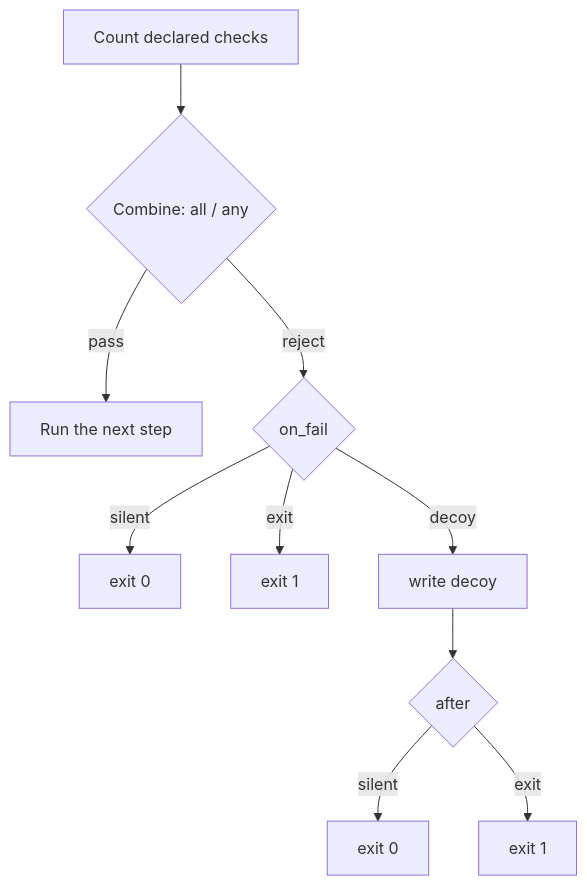
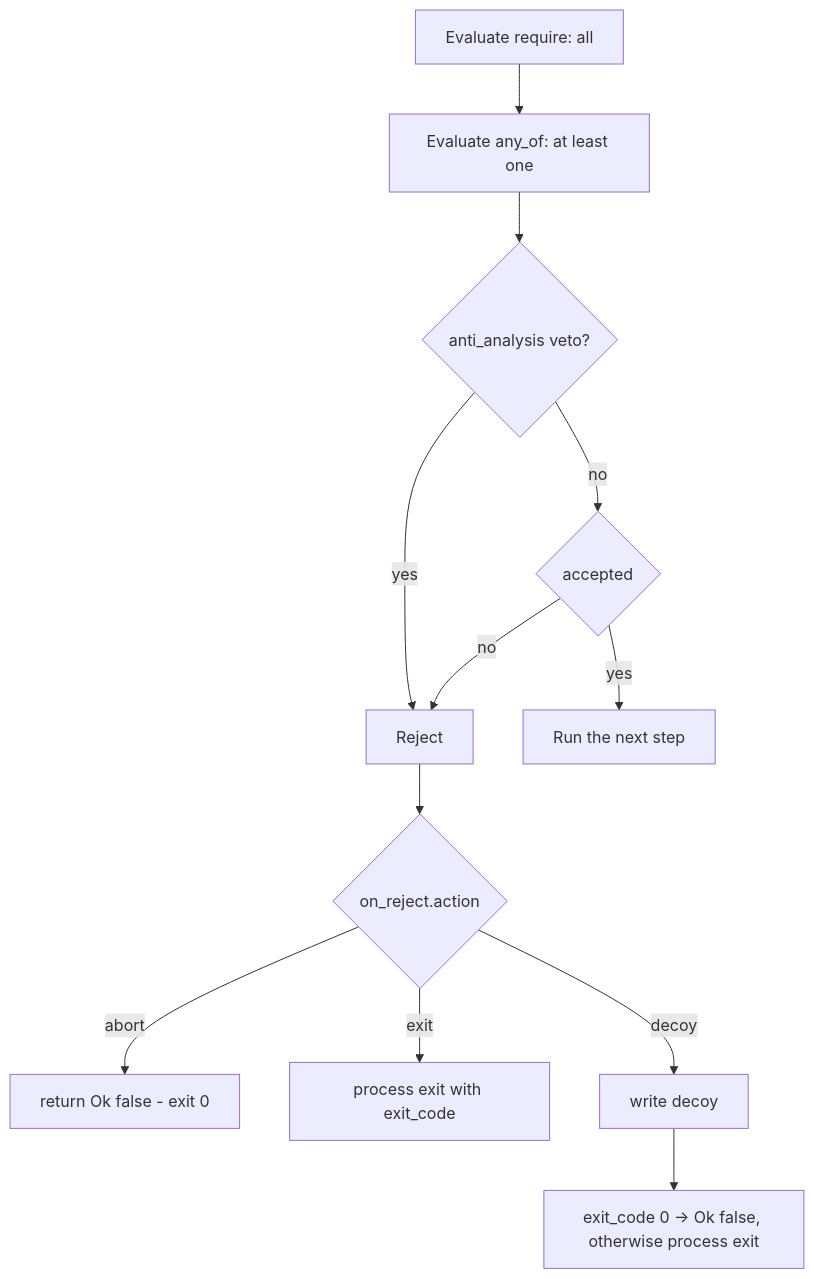
One commit to M3str3/Picaro changed the diagram in src/techniques/bouncer/README.md. Above: the diagram before and after it, drawn with Mermaid. The commit also changed other lines of this file and 115 other files, not shown here.

````diff
--- a/src/techniques/bouncer/README.md
+++ b/src/techniques/bouncer/README.md
@@ -23,12 +32,14 @@
 ```mermaid
 flowchart TD
-    A[Count declared checks] --> B{Combine: all / any}
-    B -->|pass| C[Run the next step]
-    B -->|reject| D{on_fail}
-    D -->|silent| E[exit 0]
-    D -->|exit| F[exit 1]
-    D -->|decoy| G[write decoy]
-    G --> H{after}
-    H -->|silent| I[exit 0]
-    H -->|exit| J[exit 1]
+    A[Evaluate require: all] --> B[Evaluate any_of: at least one]
+    B --> C{anti_analysis veto?}
+    C -->|no| D{accepted}
+    C -->|yes| E[Reject]
+    D -->|yes| F[Run the next step]
+    D -->|no| E
+    E --> G{on_reject.action}
+    G -->|abort| H[return Ok false - exit 0]
+    G -->|exit| I[process exit with exit_code]
+    G -->|decoy| J[write decoy]
+    J --> K[exit_code 0 -> Ok false, otherwise process exit]
 ```
````
